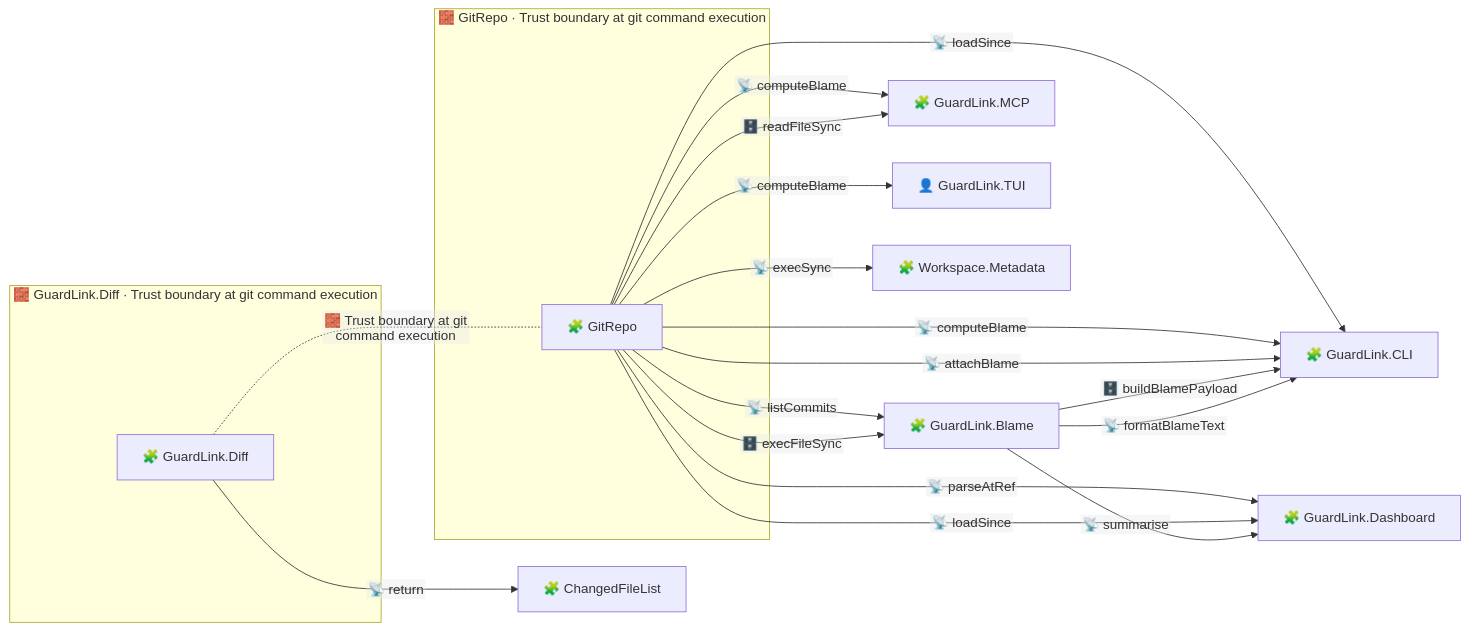
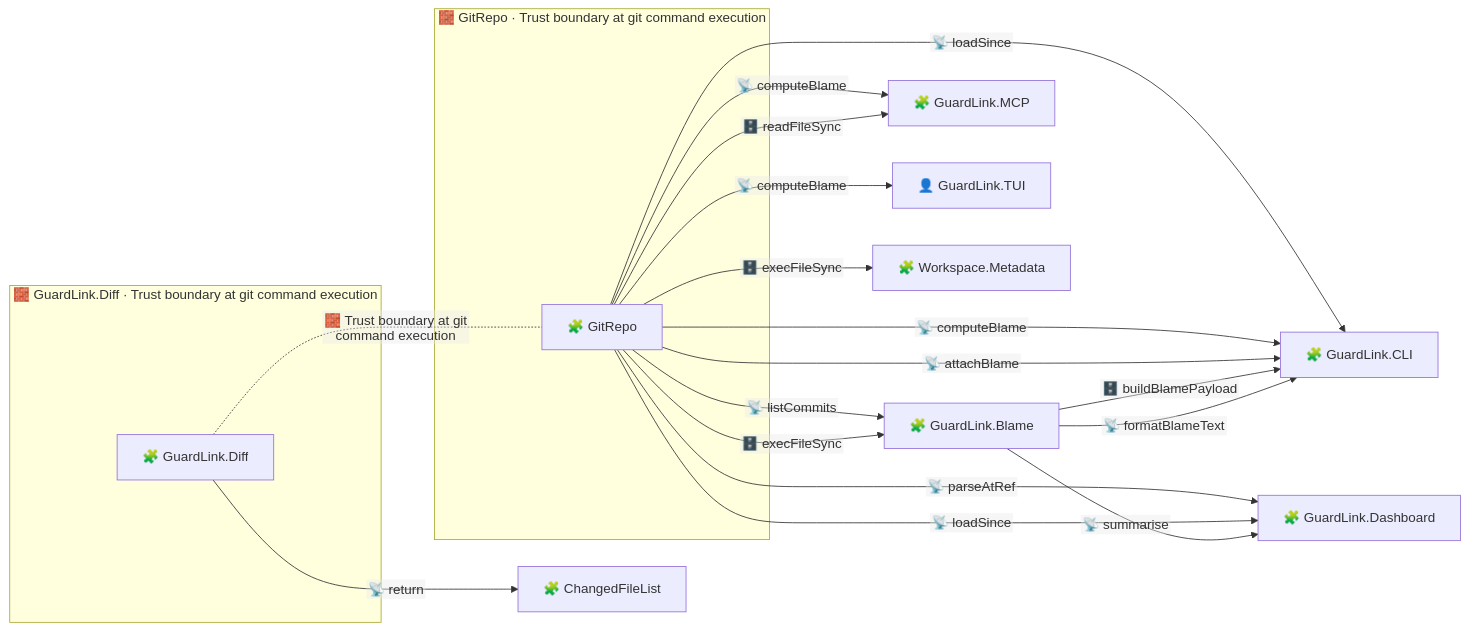
Before and after one commit to Bugb-Technologies/guardlink: the diagram in .guardlink/graph/by-boundary/git-boundary.mmd, drawn with Mermaid. The commit also changed 72 other files, not shown here.

```diff
--- a/.guardlink/graph/by-boundary/git-boundary.mmd
+++ b/.guardlink/graph/by-boundary/git-boundary.mmd
@@ -1,42 +1,42 @@
 %% GENERATED FILE — do not edit. Regenerate with: guardlink artifacts .
 %% artifact:        by-boundary/git-boundary.mmd
 %% scope:           PARTIAL — the Trust boundary at git command execution between diff and gitrepo, and what flows across it
-%% annotation_hash: sha256-v3:7ab08c4be04c2a53b489f178a999b6de34a30a99c4065e001f88862ed7e696c2
+%% annotation_hash: sha256-v3:a1cf0a80e85428155e1ab13b0f7ce83862a4e21e7d7a8488464e9038461f5059
 %% generator:       guardlink@2.3.0
 %% ---
 %% This diagram is derived from the annotations in this repository. If
 %% annotation_hash above differs from what `guardlink status .` reports, the
 %% diagram is STALE — regenerate rather than trusting it.
 %% When it was generated and at which commit: ask git. Those move for reasons
 %% unrelated to the diagram, so they are reported at emission time, not stored.
 %%{init: {"flowchart": {"nodeSpacing": 44, "rankSpacing": 58, "curve": "basis", "htmlLabels": false}}}%%
 graph LR
   subgraph Z0["🧱 GuardLink.Diff · Trust boundary at git command execution"]
     diff["🧩 GuardLink.Diff"]
   end
   subgraph Z1["🧱 GitRepo · Trust boundary at git command execution"]
     gitrepo["🧩 GitRepo"]
   end
   blame["🧩 GuardLink.Blame"]
   cli["🧩 GuardLink.CLI"]
   dashboard["🧩 GuardLink.Dashboard"]
   changedfilelist["🧩 ChangedFileList"]
   mcp["🧩 GuardLink.MCP"]
   tui["👤 GuardLink.TUI"]
   report_metadata["🧩 Workspace.Metadata"]
   diff -.-|🧱 Trust boundary at git command execution| gitrepo
   blame -- "📡 formatBlameText" --> cli
   gitrepo -- "🗄️ execFileSync" --> blame
   gitrepo -- "📡 listCommits" --> blame
   blame -- "🗄️ buildBlamePayload" --> cli
   blame -- "📡 summarise" --> dashboard
   gitrepo -- "📡 attachBlame" --> cli
   gitrepo -- "📡 computeBlame" --> cli
   gitrepo -- "📡 loadSince" --> cli
   gitrepo -- "📡 loadSince" --> dashboard
   gitrepo -- "📡 parseAtRef" --> dashboard
   diff -- "📡 return" --> changedfilelist
   gitrepo -- "🗄️ readFileSync" --> mcp
   gitrepo -- "📡 computeBlame" --> mcp
   gitrepo -- "📡 computeBlame" --> tui
-  gitrepo -- "📡 execSync" --> report_metadata
+  gitrepo -- "🗄️ execFileSync" --> report_metadata
```
